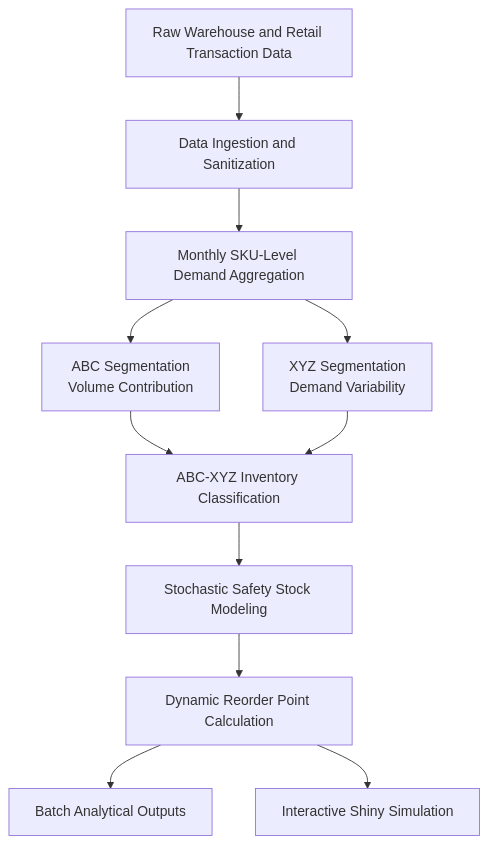
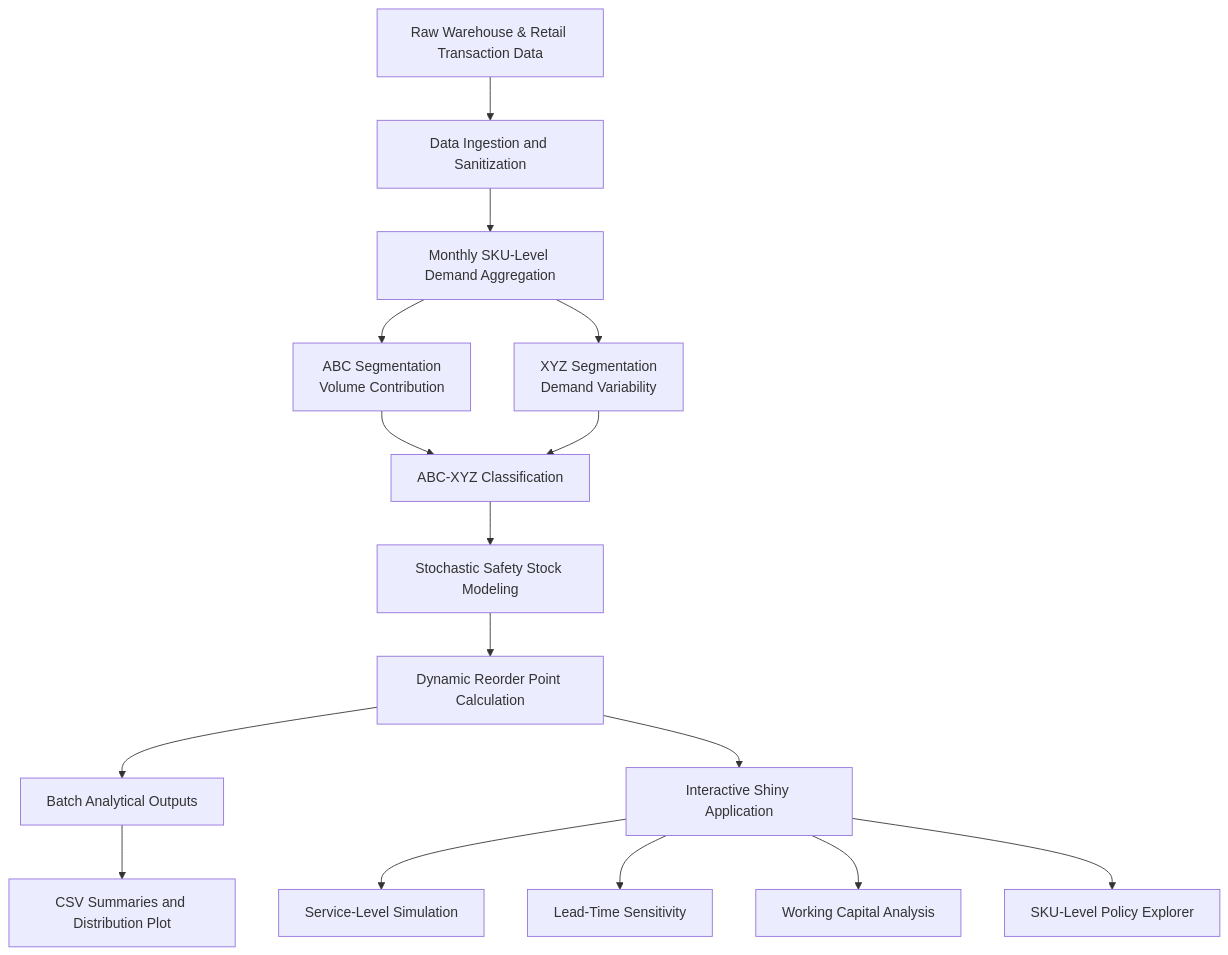
The first of 2 diagrams in README.md (AshutoshTembhekar/supply-chain-inventory-optimization), drawn with Mermaid before and after one commit. The commit also changed other lines of this file, not shown here.

````diff
--- a/README.md
+++ b/README.md
@@ -77,24 +79,30 @@
 ```mermaid
 flowchart TD
-    A["Raw Warehouse and Retail Transaction Data"]
+    A["Raw Warehouse & Retail Transaction Data"]
     B["Data Ingestion and Sanitization"]
     C["Monthly SKU-Level Demand Aggregation"]
     D["ABC Segmentation<br/>Volume Contribution"]
     E["XYZ Segmentation<br/>Demand Variability"]
-    F["ABC-XYZ Inventory Classification"]
+    F["ABC-XYZ Classification"]
     G["Stochastic Safety Stock Modeling"]
     H["Dynamic Reorder Point Calculation"]
     I["Batch Analytical Outputs"]
-    J["Interactive Shiny Simulation"]
+    J["Interactive Shiny Application"]
 
     A --> B
     B --> C
     C --> D
     C --> E
     D --> F
     E --> F
     F --> G
     G --> H
     H --> I
     H --> J
+
+    I --> K["CSV Summaries and Distribution Plot"]
+    J --> L["Service-Level Simulation"]
+    J --> M["Lead-Time Sensitivity"]
+    J --> N["Working Capital Analysis"]
+    J --> O["SKU-Level Policy Explorer"]
 ```
````
